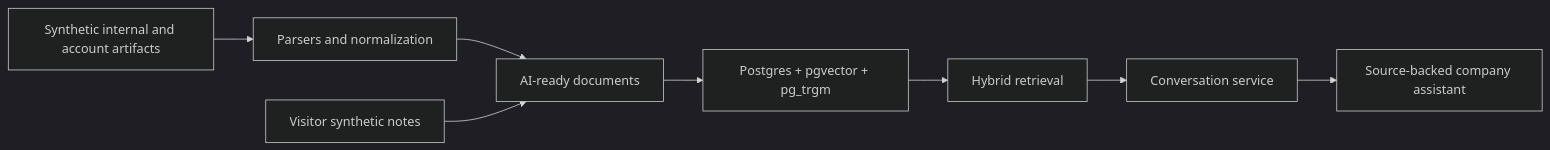
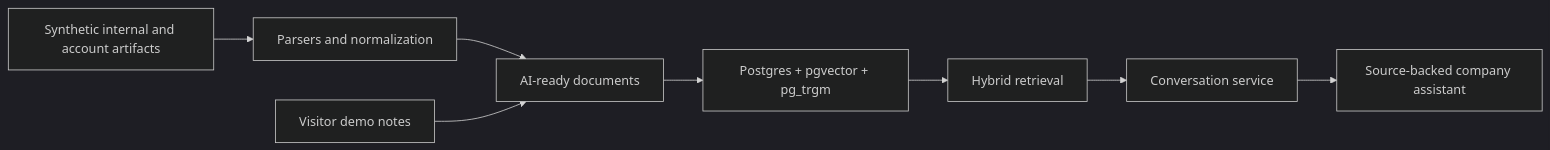
Before and after one commit to dpanea/private-company-ai-demo: the diagram in README.md, drawn with Mermaid (dark theme). The commit also changed other lines of this file and 164 other files, not shown here.

````diff
--- a/README.md
+++ b/README.md
@@ -73,10 +67,10 @@
 ```mermaid
 flowchart LR
     A["Synthetic internal and account artifacts"] --> B["Parsers and normalization"]
     B --> C["AI-ready documents"]
     C --> D["Postgres + pgvector + pg_trgm"]
     D --> E["Hybrid retrieval"]
     E --> F["Conversation service"]
     F --> G["Source-backed company assistant"]
-    H["Visitor synthetic notes"] --> C
+    H["Visitor demo notes"] --> C
 ```
````
